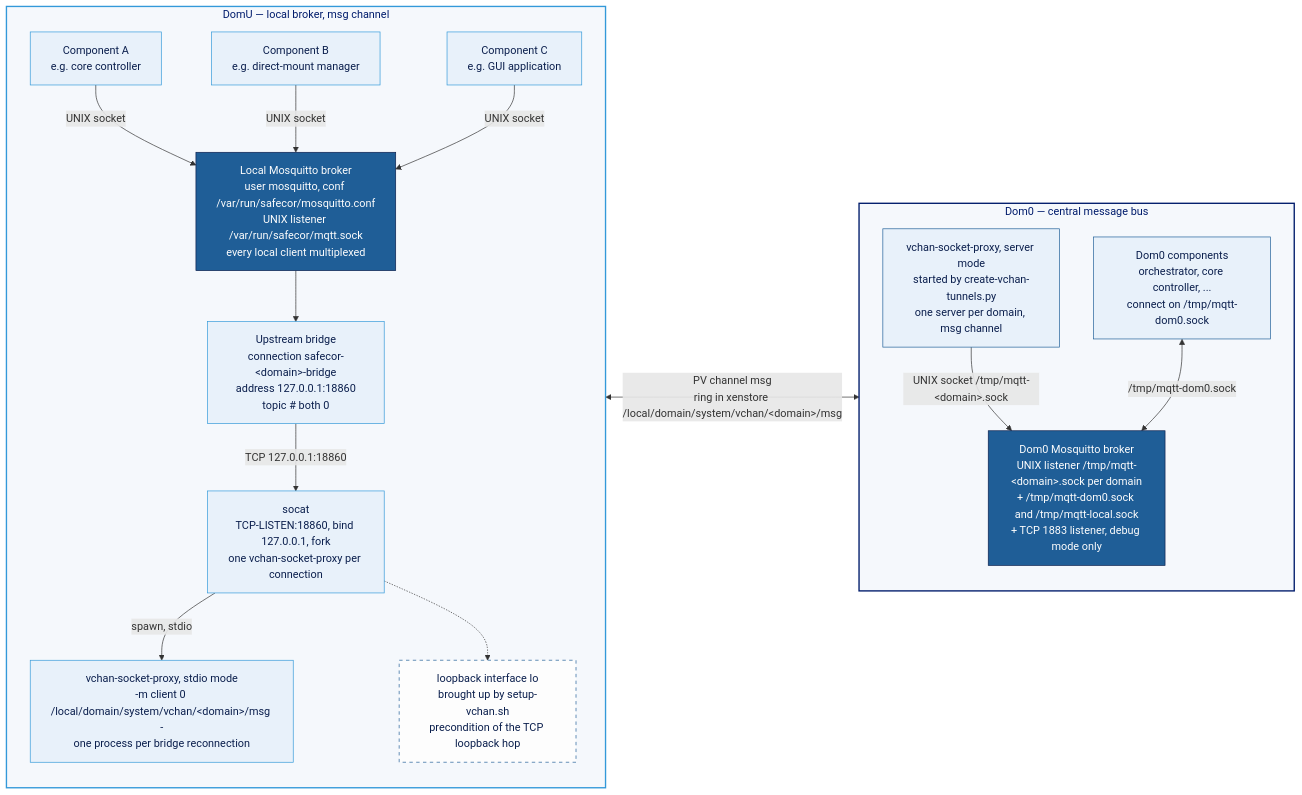
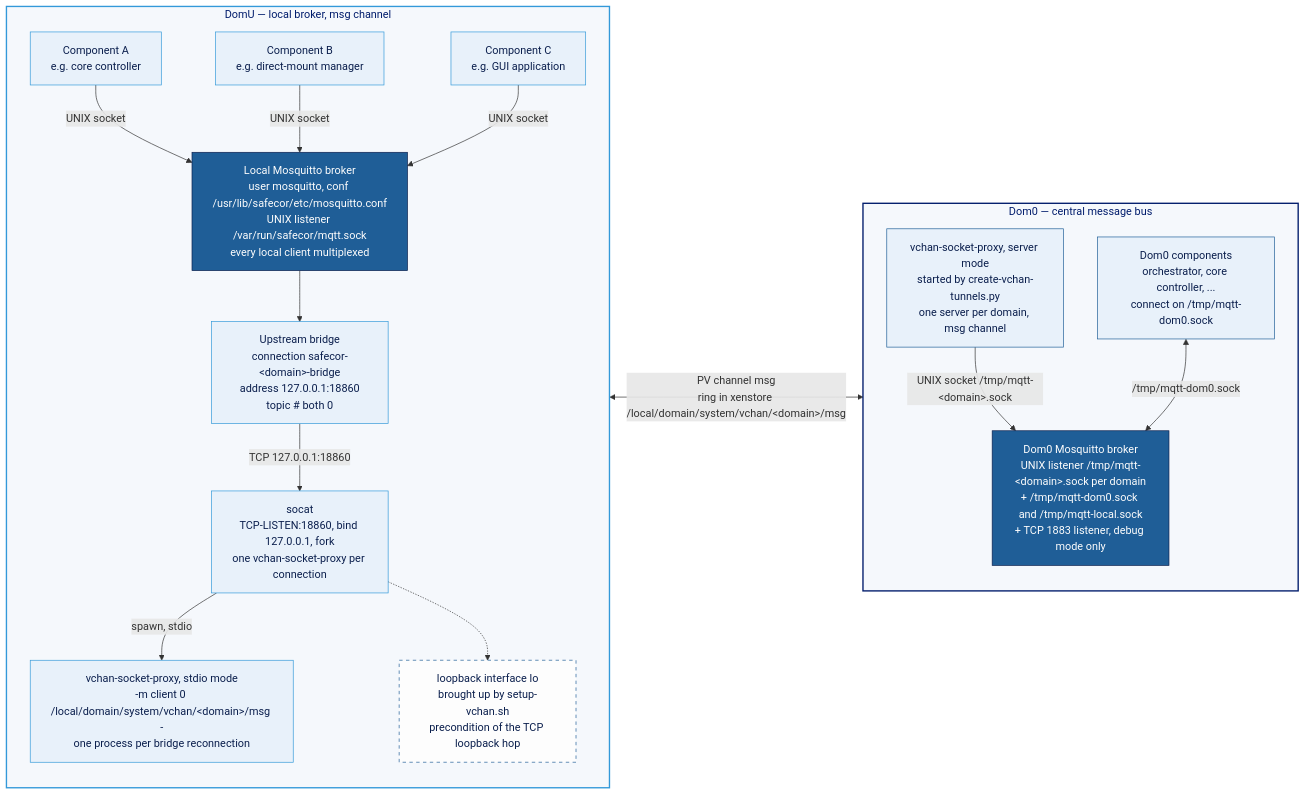
Before and after one commit to TristanIsrael/Safecor: the diagram in docs/diagrams/lld-messaging.mmd, drawn with Mermaid. The commit also changed 13 other files, not shown here.

```diff
--- a/docs/diagrams/lld-messaging.mmd
+++ b/docs/diagrams/lld-messaging.mmd
@@ -1,46 +1,46 @@
 flowchart LR
 
     %% ---------------- DomU side (local broker + bridge) ----------------
     subgraph DOMU["DomU — local broker, msg channel"]
         direction TB
         A1["Component A<br/>e.g. core controller"]
         A2["Component B<br/>e.g. direct-mount manager"]
         A3["Component C<br/>e.g. GUI application"]
-        LB["Local Mosquitto broker<br/>user mosquitto, conf /var/run/safecor/mosquitto.conf<br/>UNIX listener /var/run/safecor/mqtt.sock<br/>every local client multiplexed"]
+        LB["Local Mosquitto broker<br/>user mosquitto, conf /usr/lib/safecor/etc/mosquitto.conf<br/>UNIX listener /var/run/safecor/mqtt.sock<br/>every local client multiplexed"]
         BRG["Upstream bridge<br/>connection safecor-&lt;domain&gt;-bridge<br/>address 127.0.0.1:18860<br/>topic # both 0"]
         SOCAT["socat<br/>TCP-LISTEN:18860, bind 127.0.0.1, fork<br/>one vchan-socket-proxy per connection"]
         VCP["vchan-socket-proxy, stdio mode<br/>-m client 0 /local/domain/system/vchan/&lt;domain&gt;/msg -<br/>one process per bridge reconnection"]
         LO["loopback interface lo<br/>brought up by setup-vchan.sh<br/>precondition of the TCP loopback hop"]
         A1 -->|UNIX socket| LB
         A2 -->|UNIX socket| LB
         A3 -->|UNIX socket| LB
         LB --> BRG
         BRG -->|TCP 127.0.0.1:18860| SOCAT
         SOCAT -->|spawn, stdio| VCP
         SOCAT -.-> LO
     end
 
     %% ---------------- Dom0 side (central bus) ----------------
     subgraph DOM0["Dom0 — central message bus"]
         direction TB
         VCS["vchan-socket-proxy, server mode<br/>started by create-vchan-tunnels.py<br/>one server per domain, msg channel"]
         LB0["Dom0 Mosquitto broker<br/>UNIX listener /tmp/mqtt-&lt;domain&gt;.sock per domain<br/>+ /tmp/mqtt-dom0.sock and /tmp/mqtt-local.sock<br/>+ TCP 1883 listener, debug mode only"]
         C0["Dom0 components<br/>orchestrator, core controller, ...<br/>connect on /tmp/mqtt-dom0.sock"]
         VCS -->|UNIX socket /tmp/mqtt-&lt;domain&gt;.sock| LB0
         C0 <-->|/tmp/mqtt-dom0.sock| LB0
     end
 
     %% ---------------- The vchan hop ----------------
     VCP <-->|PV channel msg<br/>ring in xenstore /local/domain/system/vchan/&lt;domain&gt;/msg| VCS
 
     %% ---------------- Styling (Safecor palette) ----------------
     classDef dom0svc fill:#e8f1fa,stroke:#1f5e97,color:#0b1f4d
     classDef broker fill:#1f5e97,stroke:#0b1f4d,color:#fdfdfd
     classDef domusvc fill:#e8f1fa,stroke:#3399d9,color:#0b1f4d
     classDef note fill:#fdfdfd,stroke:#1f5e97,color:#0b1f4d,stroke-dasharray: 5 5
     class VCS,C0 dom0svc
     class LB0,LB broker
     class A1,A2,A3,BRG,SOCAT,VCP domusvc
     class LO note
     style DOMU fill:#f5f8fc,stroke:#3399d9,stroke-width:2px,color:#001c6c
     style DOM0 fill:#f5f8fc,stroke:#001c6c,stroke-width:2px,color:#001c6c
```
